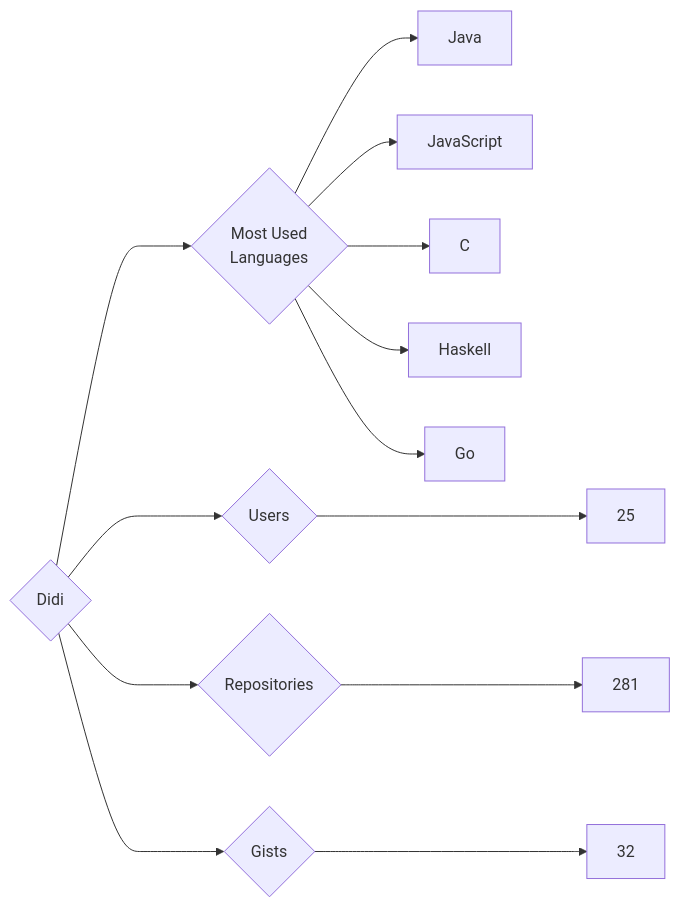
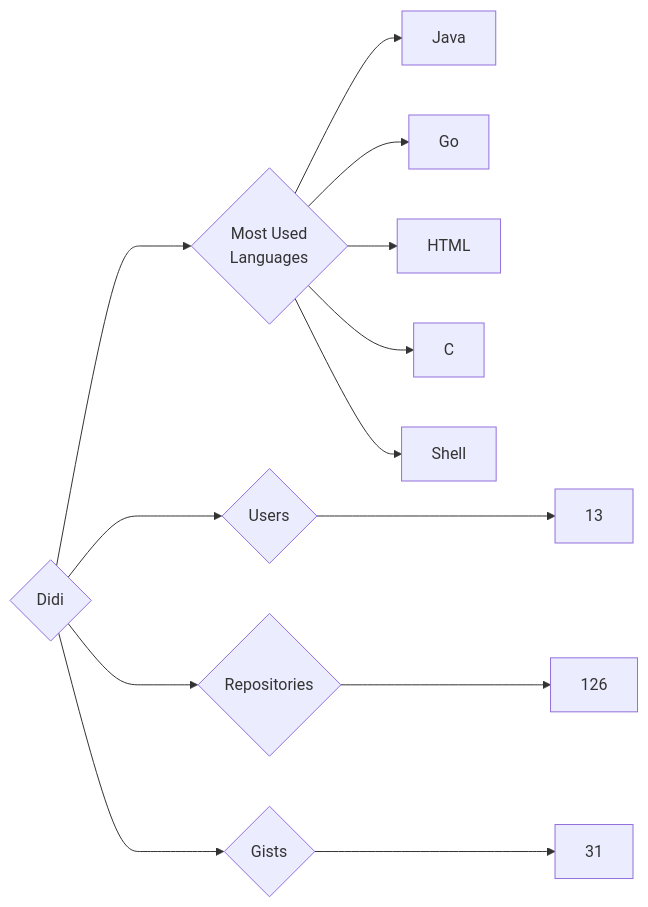
Before and after one commit to trickest/insiders: the diagram in targets/Didi/README.md, drawn with Mermaid. The commit also changed 872 other files, not shown here.

````diff
--- a/targets/Didi/README.md
+++ b/targets/Didi/README.md
@@ -3,13 +3,13 @@
 ```mermaid
 graph LR
 COMPANY_NAME{Didi}
-COMPANY_NAME ---> U{Users} ---> UN[25]
-COMPANY_NAME ---> R{Repositories} ---> RN[281]
-COMPANY_NAME ---> G{Gists} ---> GN[32]
+COMPANY_NAME ---> U{Users} ---> UN[13]
+COMPANY_NAME ---> R{Repositories} ---> RN[126]
+COMPANY_NAME ---> G{Gists} ---> GN[31]
 COMPANY_NAME ---> ML{Most Used<br>Languages}
 ML --> Java[Java]
-ML --> JavaScript[JavaScript]
+ML --> Go[Go]
+ML --> HTML[HTML]
 ML --> C[C]
-ML --> Haskell[Haskell]
-ML --> Go[Go]
+ML --> Shell[Shell]
 ```
````
